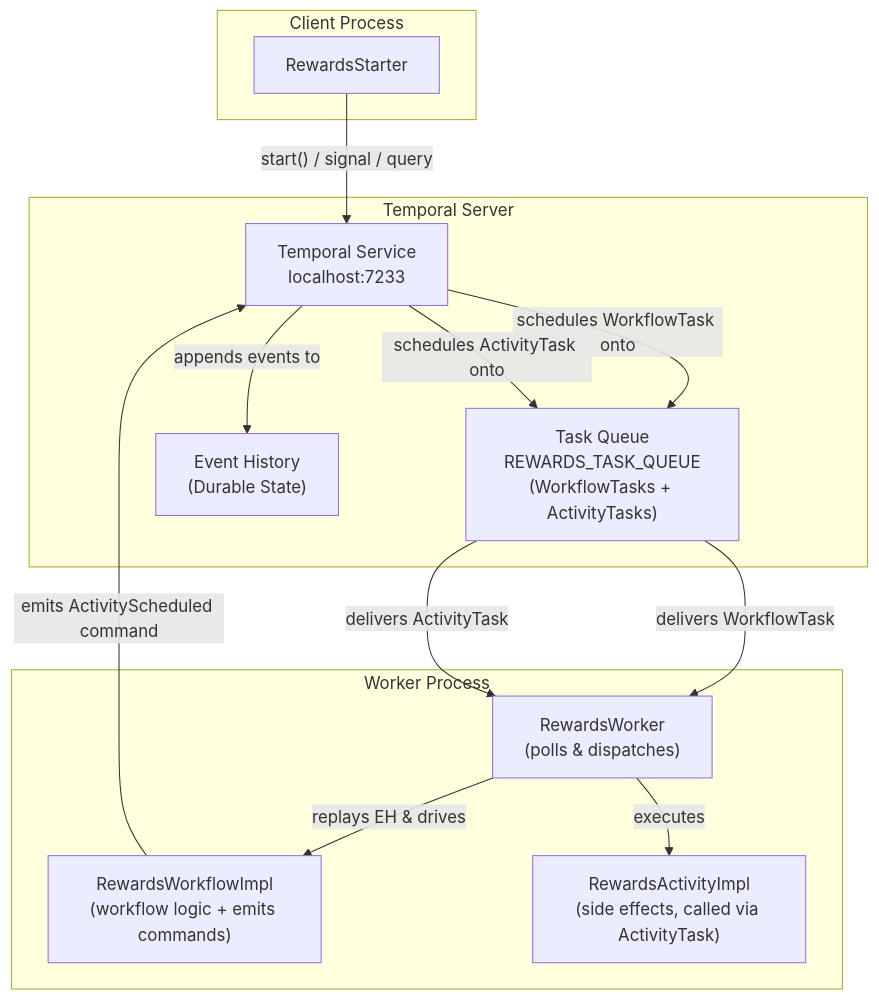
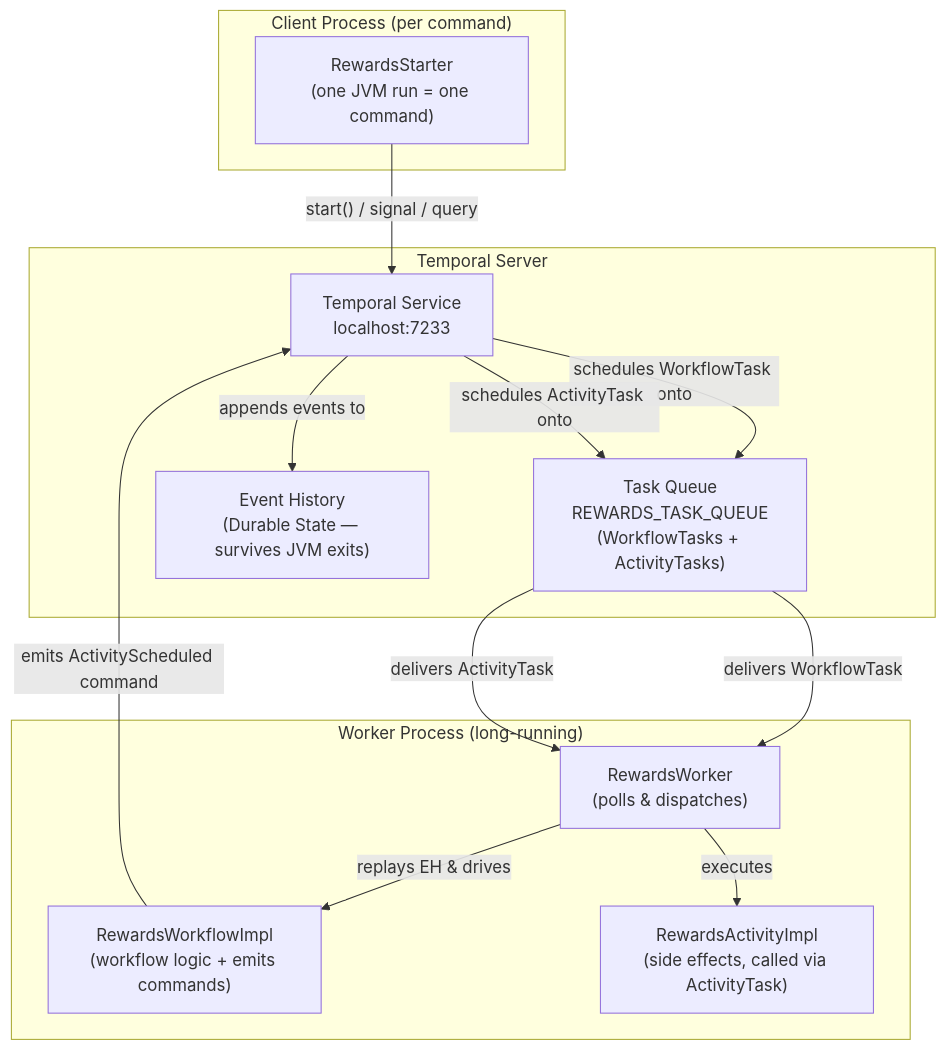
One commit to pravinbhat/temporal_rewards_program_demo changed the first of 3 diagrams in README.md. Above: the diagram before and after it, drawn with Mermaid. The commit also changed other lines of this file and 3 other files, not shown here.

Commit message:
Implemented multi-execution flow.

````diff
--- a/README.md
+++ b/README.md
@@ -154,28 +224,28 @@
 ```mermaid
 graph TD
-    subgraph "Client Process"
-        S["RewardsStarter"]
+    subgraph "Client Process (per command)"
+        S["RewardsStarter\n(one JVM run = one command)"]
     end
 
     subgraph "Temporal Server"
         TS["Temporal Service\nlocalhost:7233"]
         TQ["Task Queue\nREWARDS_TASK_QUEUE\n(WorkflowTasks + ActivityTasks)"]
-        EH["Event History\n(Durable State)"]
+        EH["Event History\n(Durable State — survives JVM exits)"]
     end
 
-    subgraph "Worker Process"
+    subgraph "Worker Process (long-running)"
         W["RewardsWorker\n(polls & dispatches)"]
         WF["RewardsWorkflowImpl\n(workflow logic + emits commands)"]
         AC["RewardsActivityImpl\n(side effects, called via ActivityTask)"]
     end
 
     S -- "start() / signal / query" --> TS
     TS -- "appends events to" --> EH
     TS -- "schedules WorkflowTask onto" --> TQ
     TQ -- "delivers WorkflowTask" --> W
     W -- "replays EH & drives" --> WF
     WF -- "emits ActivityScheduled command" --> TS
     TS -- "schedules ActivityTask onto" --> TQ
     TQ -- "delivers ActivityTask" --> W
     W -- "executes" --> AC
 ```
````
